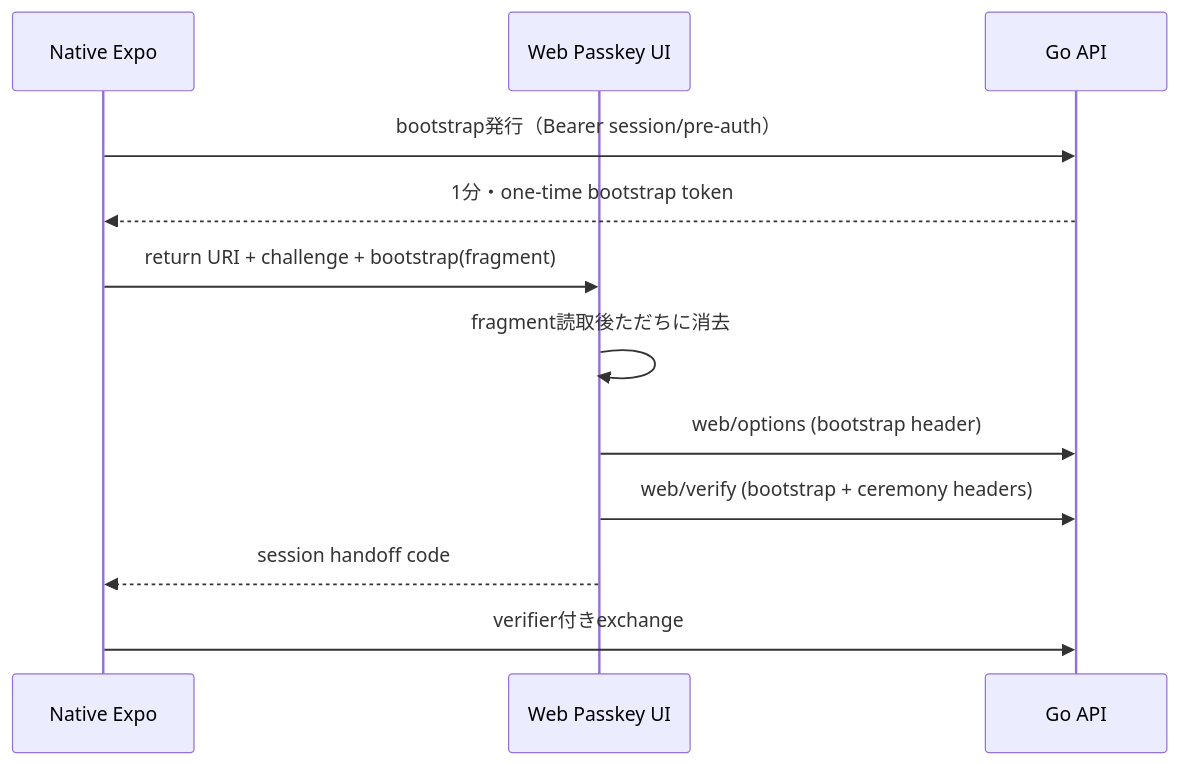
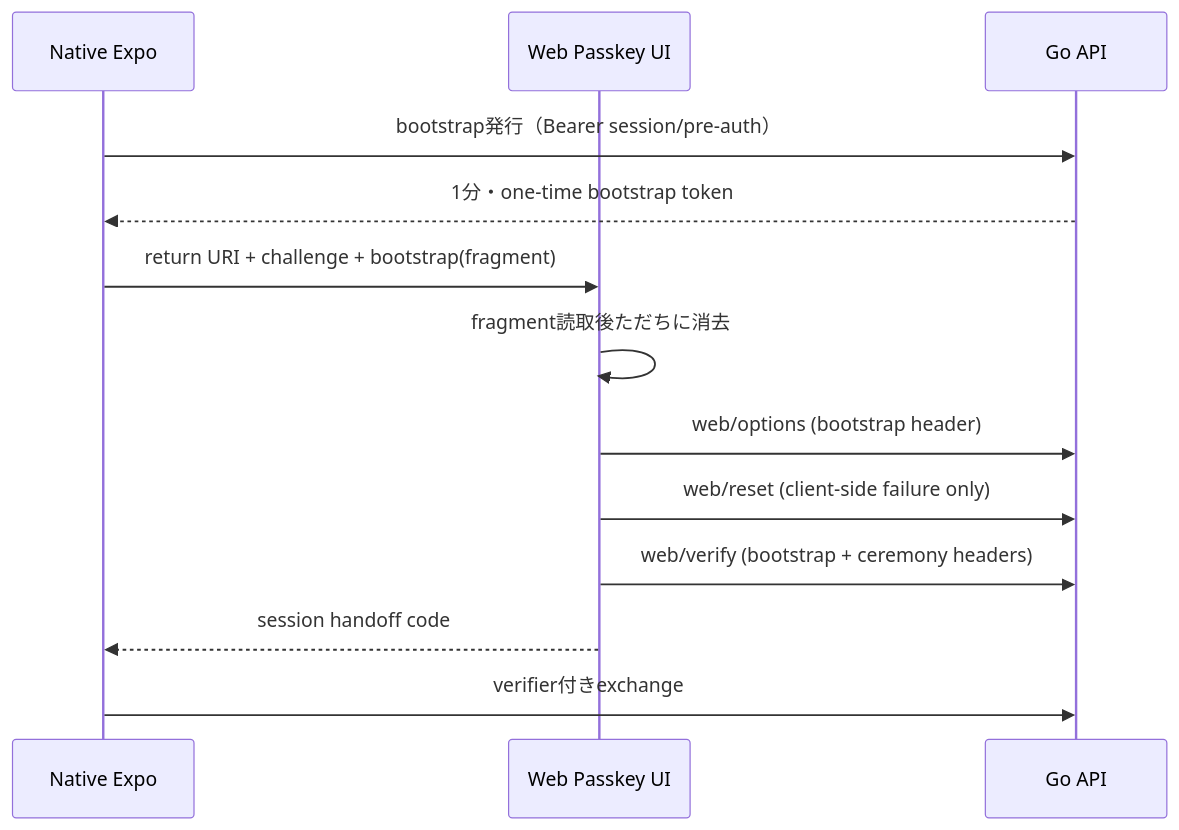
The diagram in docs/ai/frontend/web-passkey-contract.md (Tornado2026-team-j/Samurai-meet), drawn with Mermaid before and after one commit. The commit also changed other lines of this file and 15 other files, not shown here.

````diff
--- a/docs/ai/frontend/web-passkey-contract.md
+++ b/docs/ai/frontend/web-passkey-contract.md
@@ -5,14 +5,15 @@
 ```mermaid
 sequenceDiagram
  participant N as Native Expo
  participant W as Web Passkey UI
  participant B as Go API
  N->>B: bootstrap発行（Bearer session/pre-auth）
  B-->>N: 1分・one-time bootstrap token
  N->>W: return URI + challenge + bootstrap(fragment)
  W->>W: fragment読取後ただちに消去
- W->>B: web/options (bootstrap header)
- W->>B: web/verify (bootstrap + ceremony headers)
+W->>B: web/options (bootstrap header)
+W->>B: web/reset (client-side failure only)
+W->>B: web/verify (bootstrap + ceremony headers)
  W-->>N: session handoff code
  N->>B: verifier付きexchange
 ```
````
